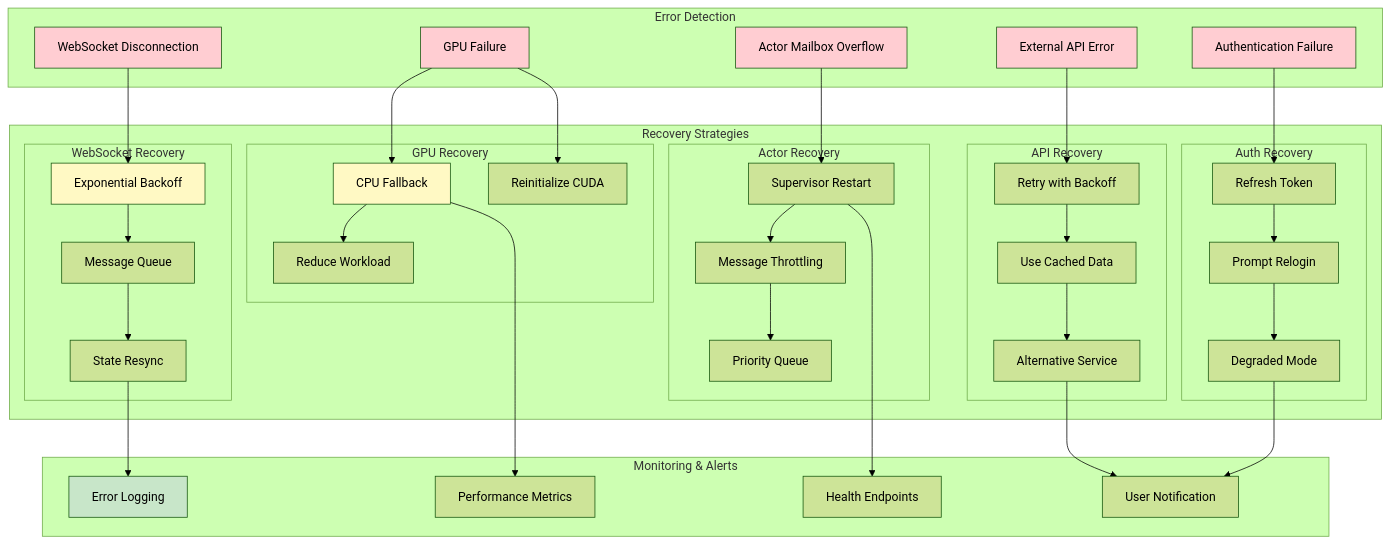
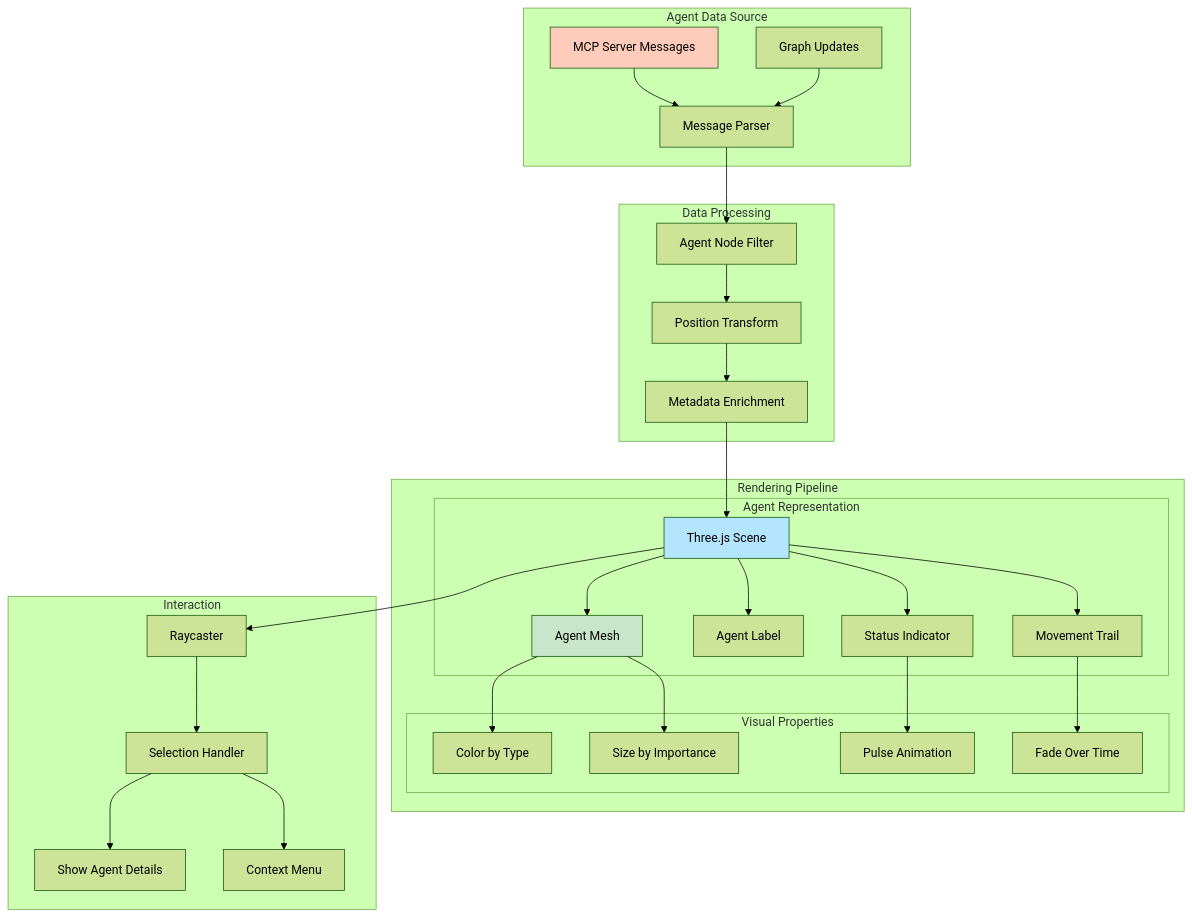
One commit to DreamLab-AI/VisionFlow changed diagram 16 of 18 in docs/diagrams.md. Above: the diagram before and after it, drawn with Mermaid (forest theme). The commit also changed other lines of this file and 1 other file, not shown here.

Commit message:
audit and diagrams update, new todo list

````diff
--- a/docs/diagrams.md
+++ b/docs/diagrams.md
@@ -1146,86 +1005,42 @@
 ```mermaid
 flowchart TB
-    subgraph "Error Detection"
-        WSError[WebSocket Disconnection]
-        GPUError[GPU Failure]
-        ActorError[Actor Mailbox Overflow]
-        APIError[External API Error]
-        AuthError[Authentication Failure]
+    subgraph "Agent Data Source"
+        MCP[MCP Server Messages] --> Parser[Message Parser]
+        Graph[Graph Updates] --> Parser
     end
 
-    subgraph "Recovery Strategies"
-        subgraph "WebSocket Recovery"
-            WSRetry[Exponential Backoff]
-            WSQueue[Message Queue]
-            WSResync[State Resync]
+    subgraph "Data Processing"
+        Parser --> Filter[Agent Node Filter]
+        Filter --> Transform[Position Transform]
+        Transform --> Metadata[Metadata Enrichment]
+    end
+
+    subgraph "Rendering Pipeline"
+        Metadata --> ThreeJS[Three.js Scene]
+
+        subgraph "Agent Representation"
+            ThreeJS --> Mesh[Agent Mesh]
+            ThreeJS --> Label[Agent Label]
+            ThreeJS --> Status[Status Indicator]
+            ThreeJS --> Trail[Movement Trail]
         end
 
-        subgraph "GPU Recovery"
-            GPUFallback[CPU Fallback]
-            GPUReinit[Reinitialize CUDA]
-            GPUReduce[Reduce Workload]
-        end
-
-        subgraph "Actor Recovery"
-            ActorSupervise[Supervisor Restart]
-            ActorThrottle[Message Throttling]
-            ActorPriority[Priority Queue]
-        end
-
-        subgraph "API Recovery"
-            APIRetry[Retry with Backoff]
-            APICache[Use Cached Data]
-            APIFallback[Alternative Service]
-        end
-
-        subgraph "Auth Recovery"
-            AuthRefresh[Refresh Token]
-            AuthRelogin[Prompt Relogin]
-            AuthDegrade[Degraded Mode]
+        subgraph "Visual Properties"
+            Mesh --> Color[Color by Type]
+            Mesh --> Size[Size by Importance]
+            Status --> Animation[Pulse Animation]
+            Trail --> Fade[Fade Over Time]
         end
     end
 
-    subgraph "Monitoring & Alerts"
-        ErrorLog[Error Logging]
-        Metrics[Performance Metrics]
-        HealthCheck[Health Endpoints]
-        UserNotify[User Notification]
+    subgraph "Interaction"
+        ThreeJS --> Raycast[Raycaster]
+        Raycast --> Select[Selection Handler]
+        Select --> Details[Show Agent Details]
+        Select --> Context[Context Menu]
     end
 
-    %% Error flows
-    WSError --> WSRetry
-    WSRetry --> WSQueue
-    WSQueue --> WSResync
-
-    GPUError --> GPUFallback
-    GPUError --> GPUReinit
-    GPUFallback --> GPUReduce
-
-    ActorError --> ActorSupervise
-    ActorSupervise --> ActorThrottle
-    ActorThrottle --> ActorPriority
-
-    APIError --> APIRetry
-    APIRetry --> APICache
-    APICache --> APIFallback
-
-    AuthError --> AuthRefresh
-    AuthRefresh --> AuthRelogin
-    AuthRelogin --> AuthDegrade
-
-    %% Monitoring
-    WSResync --> ErrorLog
-    GPUFallback --> Metrics
-    ActorSupervise --> HealthCheck
-    APIFallback --> UserNotify
-    AuthDegrade --> UserNotify
-
-    style WSError fill:#ffcdd2
-    style GPUError fill:#ffcdd2
-    style ActorError fill:#ffcdd2
-    style APIError fill:#ffcdd2
-    style AuthError fill:#ffcdd2
-    style WSRetry fill:#fff9c4
-    style GPUFallback fill:#fff9c4
-    style ErrorLog fill:#c8e6c9
+    style MCP fill:#ffccbc
+    style ThreeJS fill:#b3e5fc
+    style Mesh fill:#c8e6c9
 ```
````
